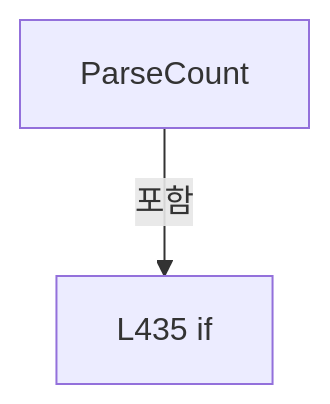
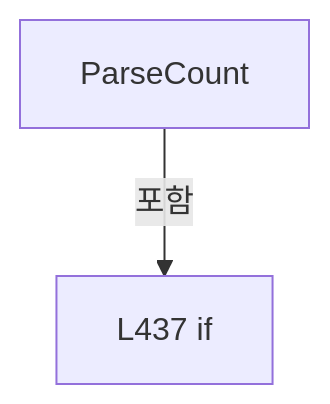
Before and after one commit to kjuws10-rgb/Shared: diagram 17 of 18 in A3 LD Code Ref/files/Drilling.Common/Managers/CRecipeManager.cs.md, drawn with Mermaid. The commit also changed other lines of this file and 2071 other files, not shown here.

Commit message:
docs(a3): update 11.19.0 architecture and code reference

````diff
--- a/A3 LD Code Ref/files/Drilling.Common/Managers/CRecipeManager.cs.md
+++ b/A3 LD Code Ref/files/Drilling.Common/Managers/CRecipeManager.cs.md
@@ -2756,6 +2758,6 @@
 ```mermaid
 flowchart TD
  M["ParseCount"]
- N0["L435 if"]
+ N0["L437 if"]
  M -->|포함| N0
 ```
````
